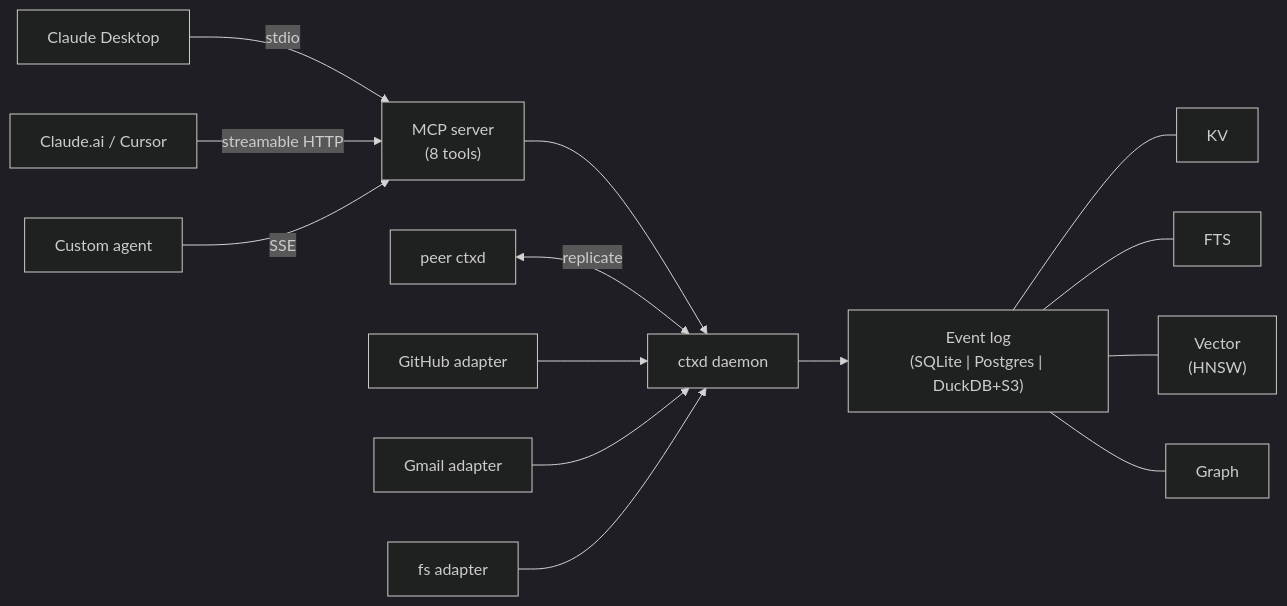
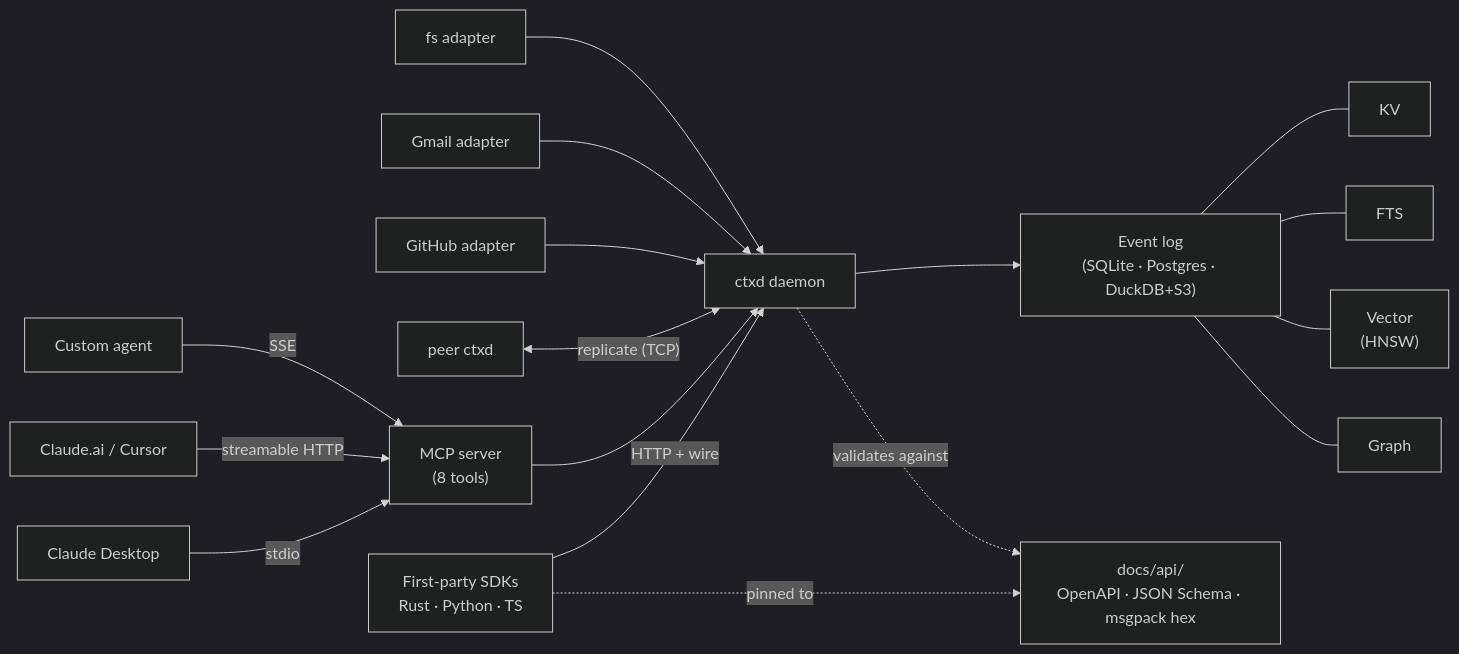
Before and after one commit to keeprlabs/ctxd: the diagram in README.md, drawn with Mermaid (dark theme). The commit also changed other lines of this file and 13 other files, not shown here.

````diff
--- a/README.md
+++ b/README.md
@@ -7,16 +7,19 @@
 ```mermaid
 flowchart LR
     A1["Claude Desktop"] -->|"stdio"| MCP
     A2["Claude.ai / Cursor"] -->|"streamable HTTP"| MCP
     A3["Custom agent"] -->|"SSE"| MCP
+    SDK["First-party SDKs<br/>Rust · Python · TS"] -->|"HTTP + wire"| CTXD
     MCP["MCP server<br/>(8 tools)"] --> CTXD["ctxd daemon"]
-    PEER["peer ctxd"] <-->|"replicate"| CTXD
+    PEER["peer ctxd"] <-->|"replicate (TCP)"| CTXD
     GH["GitHub adapter"] --> CTXD
     GM["Gmail adapter"] --> CTXD
     FS["fs adapter"] --> CTXD
-    CTXD --> LOG["Event log<br/>(SQLite | Postgres | DuckDB+S3)"]
+    CTXD --> LOG["Event log<br/>(SQLite · Postgres · DuckDB+S3)"]
     LOG --- KV["KV"]
     LOG --- FTS["FTS"]
     LOG --- VEC["Vector<br/>(HNSW)"]
     LOG --- GRAPH["Graph"]
+    SDK -. "pinned to" .-> API["docs/api/<br/>OpenAPI · JSON Schema · msgpack hex"]
+    CTXD -. "validates against" .-> API
 ```
````
